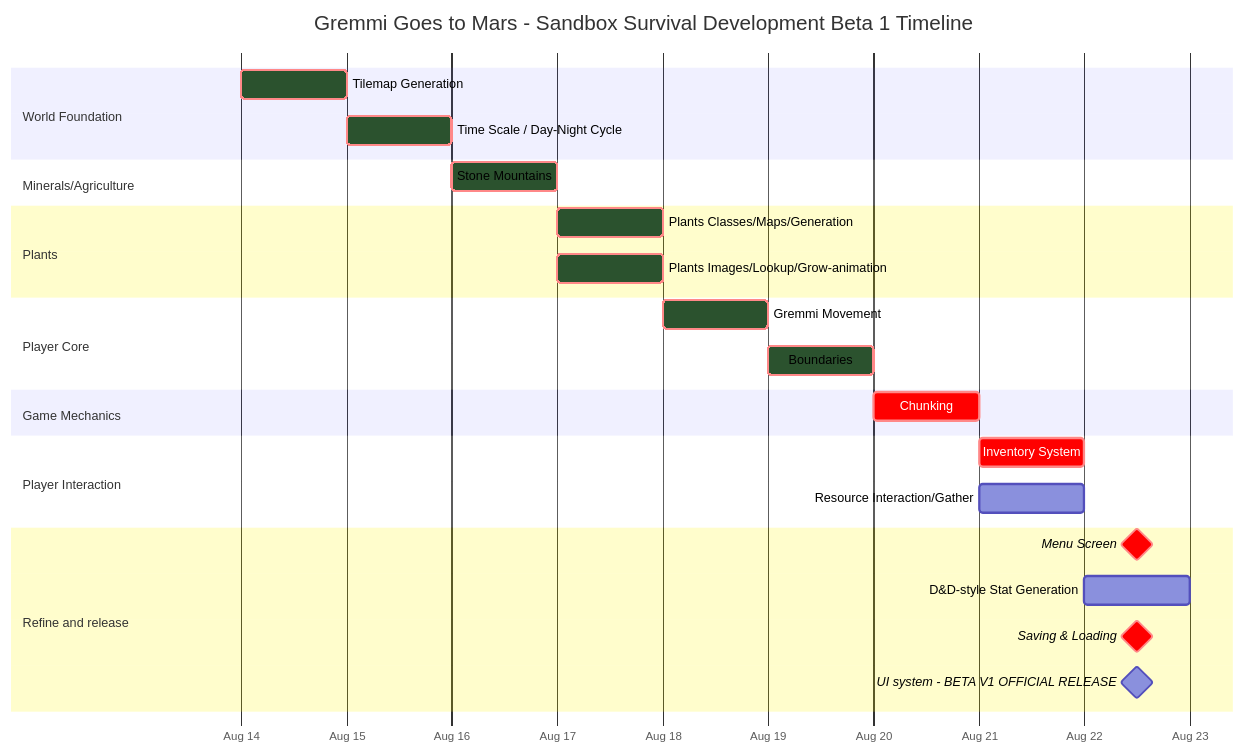
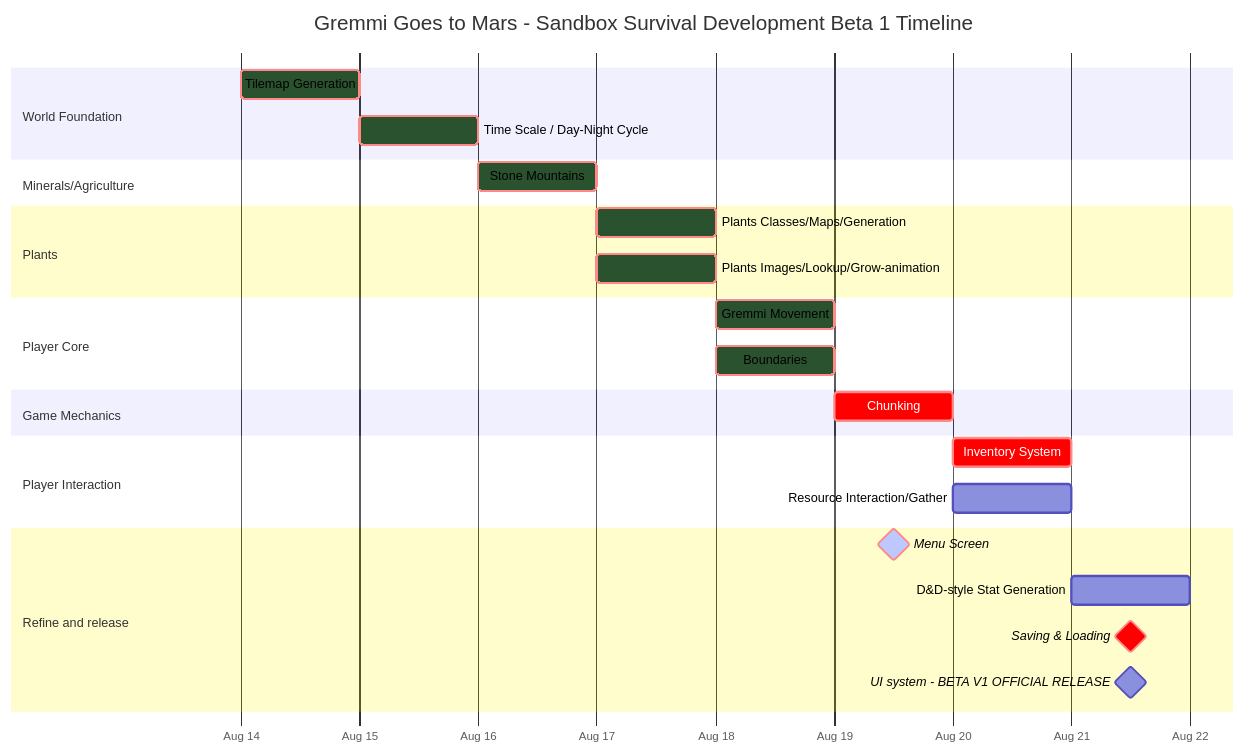
One commit to Jacobchestnut16/GremmiGoesToMars changed the second of 3 diagrams in dist/README.md. Above: the diagram before and after it, drawn with Mermaid. The commit also changed other lines of this file, not shown here.

Commit message:
section Player Core: P v1.1

````diff
--- a/dist/README.md
+++ b/dist/README.md
@@ -51,49 +51,49 @@
 ```mermaid
 %%{
     init: {
         'gantt': {
             'leftPadding': 200,
             'barHeight': 25,
             'barGap': 15,
             'topPadding': 60
         },
         'themeVariables': {
             'doneTaskBkgColor': '#2B522EFF'
         }
     }
 }%%
 gantt
     title Gremmi Goes to Mars - Sandbox Survival Development Beta 1 Timeline
     dateFormat  YYYY-MM-DD
     axisFormat  %b %d
     
     
     section World Foundation
     Tilemap Generation                          :crit, done, a1, 2025-08-14, 1d
     Time Scale / Day-Night Cycle                :crit, done, a2, after a1, 1d
     
     section Minerals/Agriculture
     Stone Mountains                             :crit, done, a4, after a2, 1d
     
     section Plants
     Plants Classes/Maps/Generation              :crit, done, a5, after a4, 0.5d
     Plants Images/Lookup/Grow-animation         :crit, done, a6, after a4, 0.5d
    
     
     section Player Core
     Gremmi Movement                 :crit, done, b1, after a5, 0.5d
-    Boundaries                      :crit, done,  c4, after b1, 0.5d
+    Boundaries                      :crit, done,  c4, after a5, 0.5d
     
     section Game Mechanics
     Chunking                        :crit, c2, after c4, 0.5d
     
     section Player Interaction
     Inventory System                :crit, b3, after c2, 0.5d
     Resource Interaction/Gather     :b5, after c2, 0.5d
     
     section Refine and release
-    Menu Screen                              :crit, milestone, b9, after b5, 1d
+    Menu Screen                              :crit, active, milestone, b9, after c4, 1d
     D&D-style Stat Generation                :b2, after b5, 0.5d
     Saving & Loading                         :crit, milestone, b4, after b5, 1d
     UI system - BETA V1 OFFICIAL RELEASE     :milestone, release1, after b5, 1d
 ```
````
